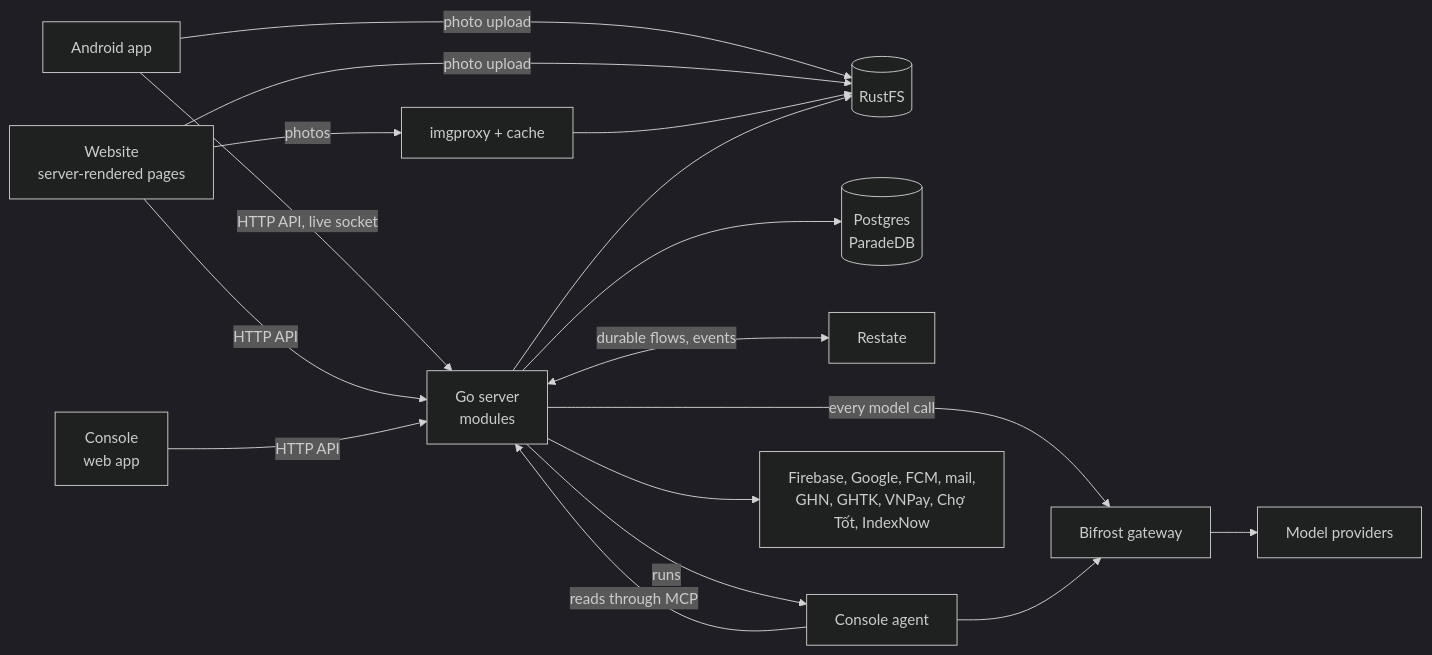
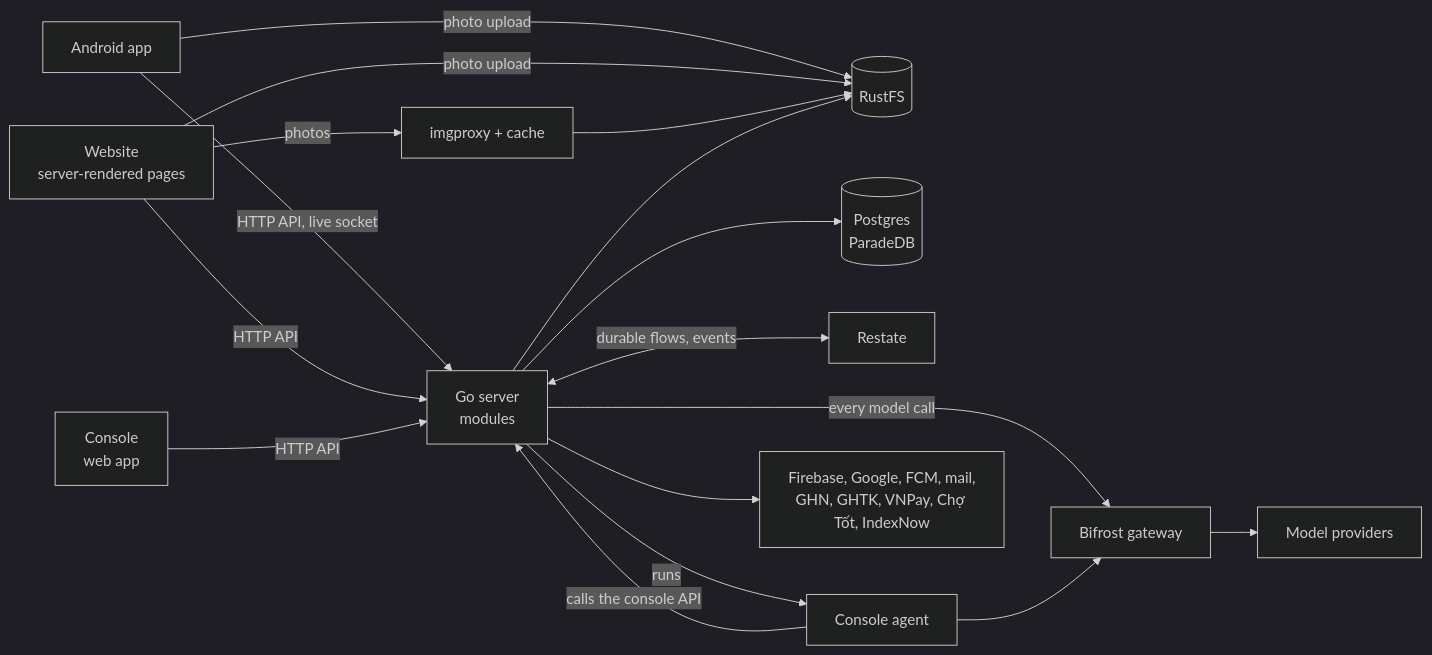
Before and after one commit to shopnexus/docs: the diagram in web/src/content/docs/en/architecture/index.mdx, drawn with Mermaid (dark theme). The commit also changed other lines of this file and 18 other files, not shown here.

````diff
--- a/web/src/content/docs/en/architecture/index.mdx
+++ b/web/src/content/docs/en/architecture/index.mdx
@@ -18,17 +18,17 @@
 ```mermaid title="The whole system"
 flowchart LR
   app[Android app] -->|HTTP API, live socket| server
   web[Website<br/>server-rendered pages] -->|HTTP API| server
   console[Console<br/>web app] -->|HTTP API| server
   app & web -->|photo upload| rustfs[(RustFS)]
   web -->|photos| img[imgproxy + cache] --> rustfs
   server[Go server<br/>modules] --> pg[(Postgres<br/>ParadeDB)]
   server <-->|durable flows, events| restate[Restate]
   server --> rustfs
   server -->|every model call| bifrost[Bifrost gateway]
-  agent[Console agent] -->|reads through MCP| server
+  agent[Console agent] -->|calls the console API| server
   server -->|runs| agent
   agent --> bifrost
   bifrost --> llm[Model providers]
   server --> outside[Firebase, Google, FCM, mail,<br/>GHN, GHTK, VNPay, Chợ Tốt, IndexNow]
 ```
````
